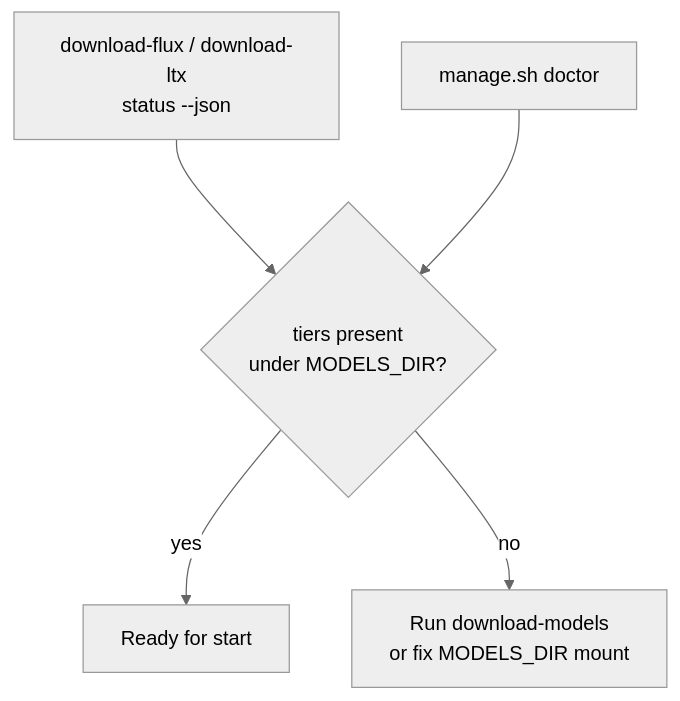
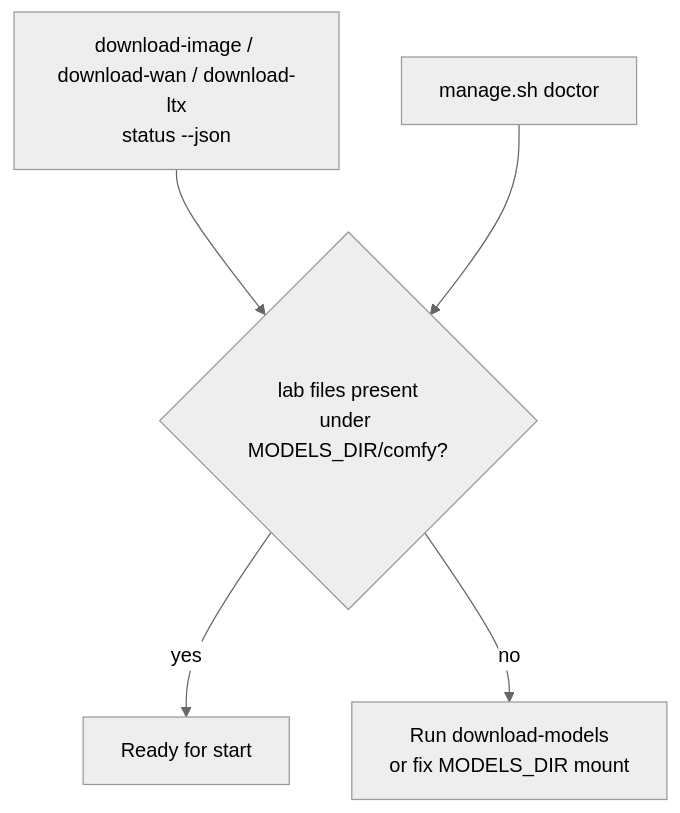
The fourth of 4 diagrams in docs/models-and-cache.md (toxicoder/ez-comfy-stack), drawn with Mermaid (neutral theme) before and after one commit. The commit also changed other lines of this file and 142 other files, not shown here.

````diff
--- a/docs/models-and-cache.md
+++ b/docs/models-and-cache.md
@@ -275,9 +323,9 @@
 ```mermaid
 flowchart TB
-  Status["download-flux / download-ltx<br/>status --json"]
+  Status["download-image / download-wan / download-ltx<br/>status --json"]
   Doctor["manage.sh doctor"]
-  Status --> Check{"tiers present<br/>under MODELS_DIR?"}
+  Status --> Check{"lab files present<br/>under MODELS_DIR/comfy?"}
   Doctor --> Check
   Check -->|yes| Ready["Ready for start"]
   Check -->|no| Missing["Run download-models<br/>or fix MODELS_DIR mount"]
 ```
````
